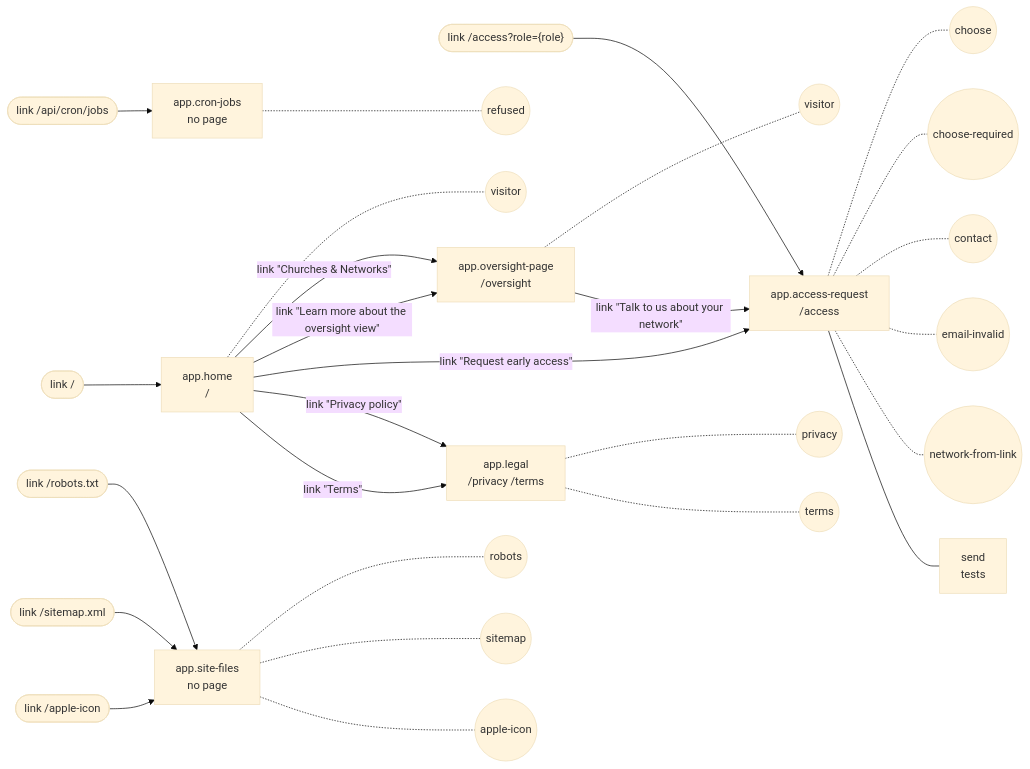
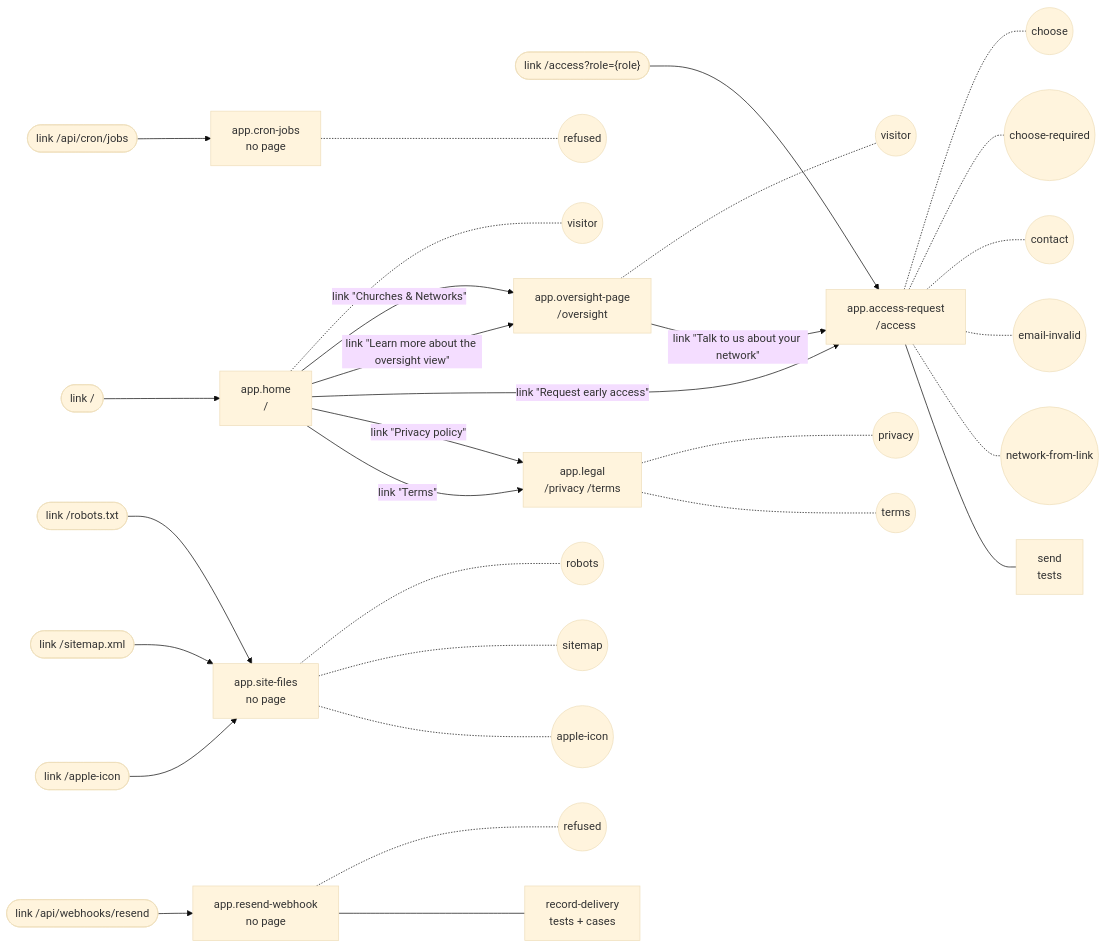
The diagram in docs/feature-maps/app.md (SebastianGarces/everyfield), drawn with Mermaid (base theme) before and after one commit. The commit also changed other lines of this file and 22 other files, not shown here.

````diff
--- a/docs/feature-maps/app.md
+++ b/docs/feature-maps/app.md
@@ -6,41 +6,46 @@
 ```mermaid
 flowchart LR
   s0_link0(["link /api/cron/jobs"])
   s1_link0(["link /"])
   s3_link2(["link /access?role={role}"])
   s5_link0(["link /robots.txt"])
   s5_link1(["link /sitemap.xml"])
   s5_link2(["link /apple-icon"])
+  s6_link0(["link /api/webhooks/resend"])
   s0["app.cron-jobs<br/>no page"]
   s0_link0 --> s0
   s0 -.- s0_st0(("refused"))
   s1["app.home<br/>/"]
   s1_link0 --> s1
   s1 -.- s1_st0(("visitor"))
   s2["app.oversight-page<br/>/oversight"]
   s1 -- "link #quot;Churches & Networks#quot;" --> s2
   s1 -- "link #quot;Learn more about the oversight view#quot;" --> s2
   s2 -.- s2_st0(("visitor"))
   s3["app.access-request<br/>/access"]
   s1 -- "link #quot;Request early access#quot;" --> s3
   s2 -- "link #quot;Talk to us about your network#quot;" --> s3
   s3_link2 --> s3
   s3 -.- s3_st0(("choose"))
   s3 -.- s3_st1(("choose-required"))
   s3 -.- s3_st2(("contact"))
   s3 -.- s3_st3(("email-invalid"))
   s3 -.- s3_st4(("network-from-link"))
   s3 --- s3_b0["send<br/>tests"]
   s4["app.legal<br/>/privacy /terms"]
   s1 -- "link #quot;Privacy policy#quot;" --> s4
   s1 -- "link #quot;Terms#quot;" --> s4
   s4 -.- s4_st0(("privacy"))
   s4 -.- s4_st1(("terms"))
   s5["app.site-files<br/>no page"]
   s5_link0 --> s5
   s5_link1 --> s5
   s5_link2 --> s5
   s5 -.- s5_st0(("robots"))
   s5 -.- s5_st1(("sitemap"))
   s5 -.- s5_st2(("apple-icon"))
+  s6["app.resend-webhook<br/>no page"]
+  s6_link0 --> s6
+  s6 -.- s6_st0(("refused"))
+  s6 --- s6_b0["record-delivery<br/>tests + cases"]
 ```
````
